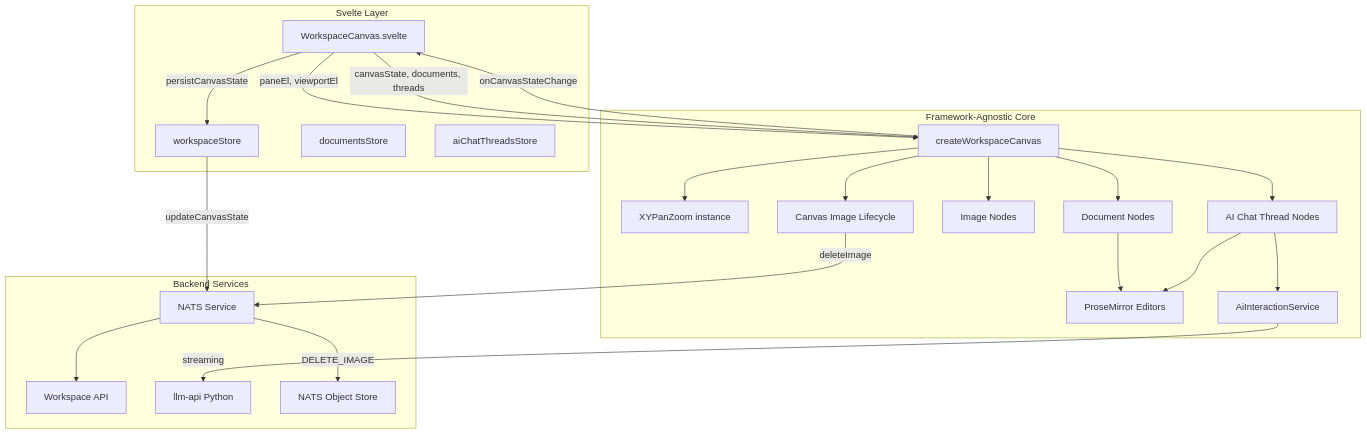
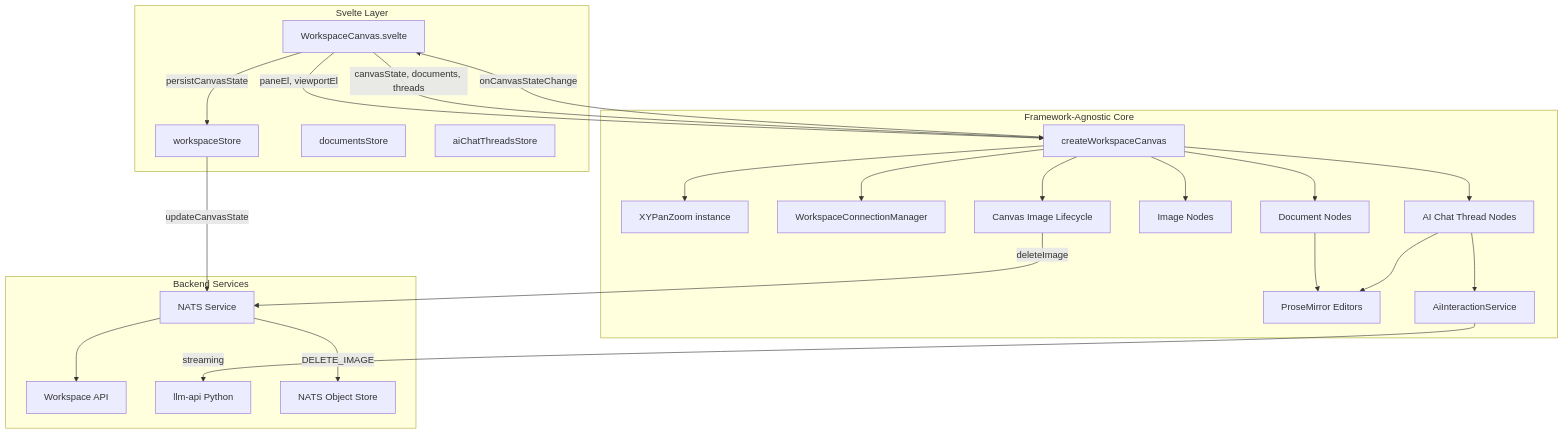
One commit to Lixpi/lixpi changed the first of 2 diagrams in services/web-ui/src/infographics/workspace/README.md. Above: the diagram before and after it, drawn with Mermaid. The commit also changed other lines of this file and 23 other files, not shown here.

````diff
--- a/services/web-ui/src/infographics/workspace/README.md
+++ b/services/web-ui/src/infographics/workspace/README.md
@@ -44,46 +48,48 @@
 ```mermaid
 flowchart TB
     subgraph Svelte["Svelte Layer"]
         WC[WorkspaceCanvas.svelte]
         WS[workspaceStore]
         DS[documentsStore]
         TS[aiChatThreadsStore]
     end
 
     subgraph Core["Framework-Agnostic Core"]
         CC[createWorkspaceCanvas]
         PZ[XYPanZoom instance]
+        ECM[WorkspaceConnectionManager]
         DN[Document Nodes]
         IN[Image Nodes]
         TN[AI Chat Thread Nodes]
         PM[ProseMirror Editors]
         AIS[AiInteractionService]
         IL[Canvas Image Lifecycle]
     end
 
     subgraph Backend["Backend Services"]
         NS[NATS Service]
         API[Workspace API]
         LLMAPI[llm-api Python]
         OBJ[NATS Object Store]
     end
 
     WC -->|"paneEl, viewportEl"| CC
     WC -->|"canvasState, documents, threads"| CC
     CC -->|"onCanvasStateChange"| WC
     WC -->|"persistCanvasState"| WS
     WS -->|"updateCanvasState"| NS
     NS --> API
 
     CC --> PZ
+    CC --> ECM
     CC --> DN
     CC --> IN
     CC --> TN
     DN --> PM
     TN --> PM
     TN --> AIS
     AIS -->|"streaming"| LLMAPI
     CC --> IL
     IL -->|"deleteImage"| NS
     NS -->|"DELETE_IMAGE"| OBJ
 ```
````
